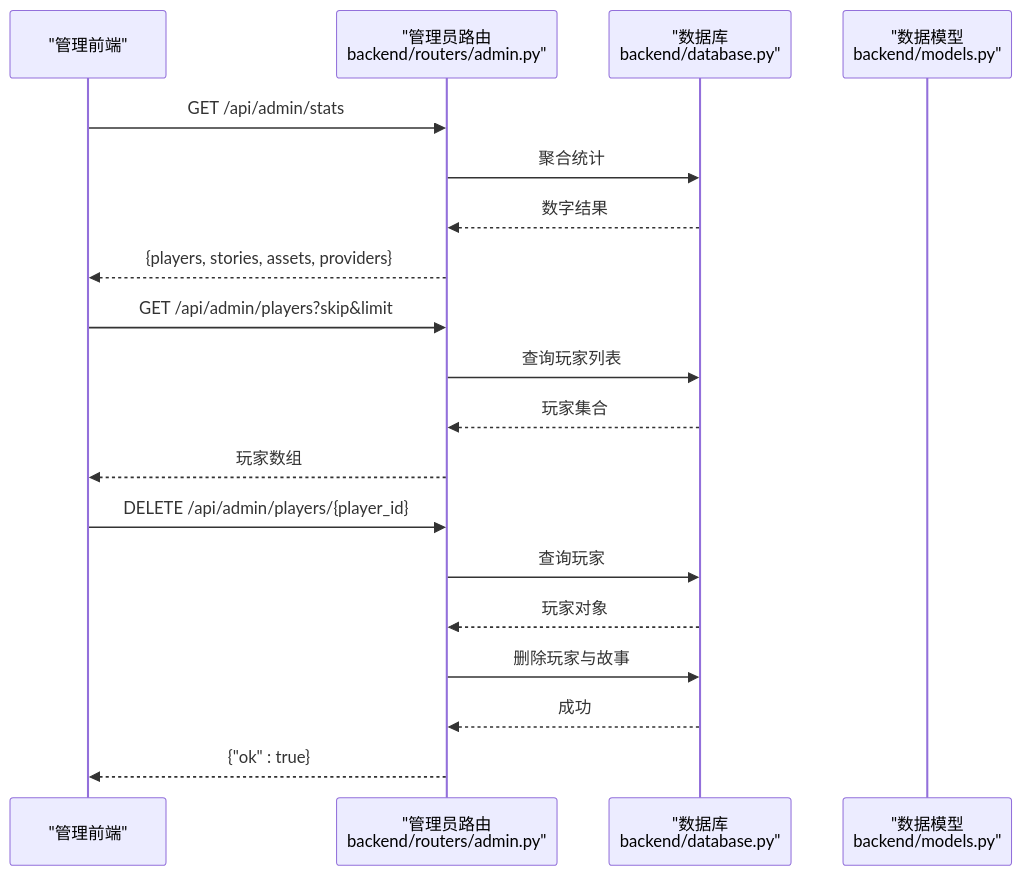
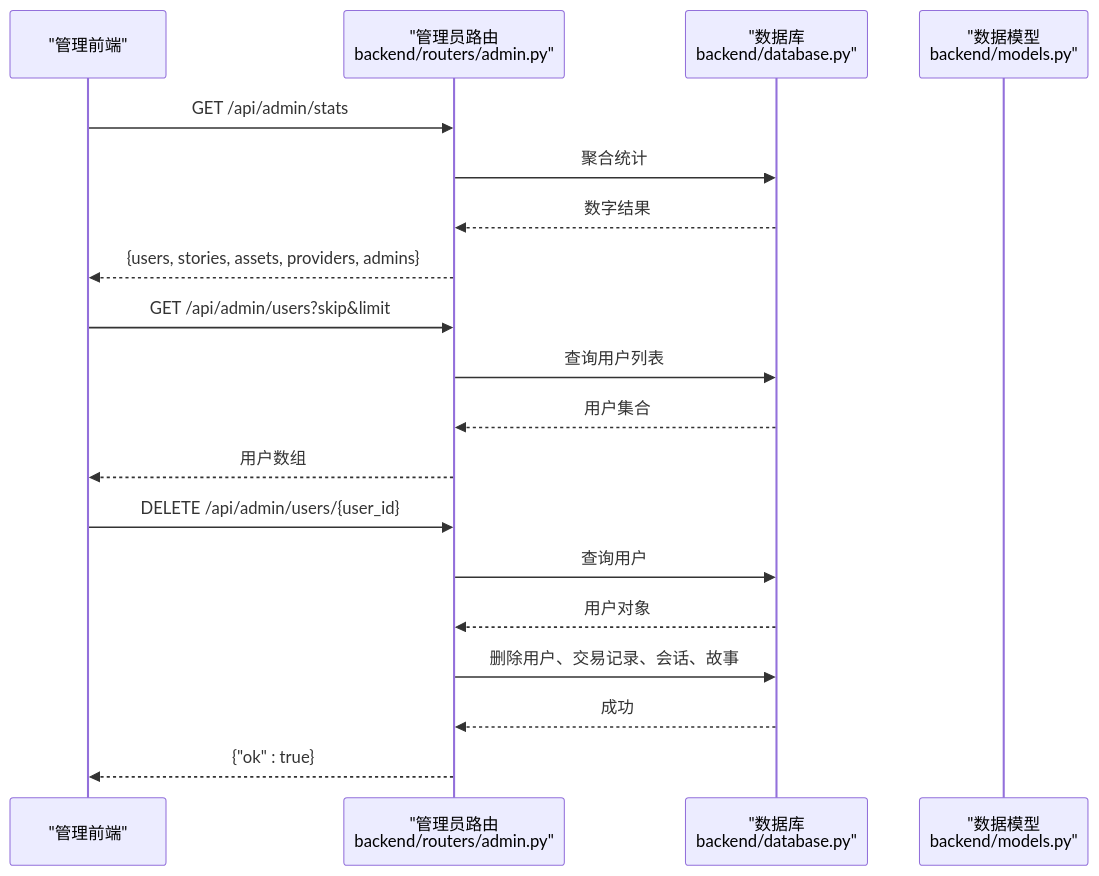
Before and after one commit to KunLabAI/KunFlix: the third of 11 diagrams in .qoder/repowiki/zh/content/后台管理系统/后台管理系统.md, drawn with Mermaid. The commit also changed other lines of this file and 25 other files, not shown here.

````diff
--- a/.qoder/repowiki/zh/content/后台管理系统/后台管理系统.md
+++ b/.qoder/repowiki/zh/content/后台管理系统/后台管理系统.md
@@ -155,21 +244,21 @@
 ```mermaid
 sequenceDiagram
 participant Admin as "管理前端"
 participant API as "管理员路由<br/>backend/routers/admin.py"
 participant DB as "数据库<br/>backend/database.py"
 participant Model as "数据模型<br/>backend/models.py"
 Admin->>API : GET /api/admin/stats
 API->>DB : 聚合统计
 DB-->>API : 数字结果
-API-->>Admin : {players, stories, assets, providers}
-Admin->>API : GET /api/admin/players?skip&limit
-API->>DB : 查询玩家列表
-DB-->>API : 玩家集合
-API-->>Admin : 玩家数组
-Admin->>API : DELETE /api/admin/players/{player_id}
-API->>DB : 查询玩家
-DB-->>API : 玩家对象
-API->>DB : 删除玩家与故事
+API-->>Admin : {users, stories, assets, providers, admins}
+Admin->>API : GET /api/admin/users?skip&limit
+API->>DB : 查询用户列表
+DB-->>API : 用户集合
+API-->>Admin : 用户数组
+Admin->>API : DELETE /api/admin/users/{user_id}
+API->>DB : 查询用户
+DB-->>API : 用户对象
+API->>DB : 删除用户、交易记录、会话、故事
 DB-->>API : 成功
 API-->>Admin : {"ok" : true}
 ```
````
